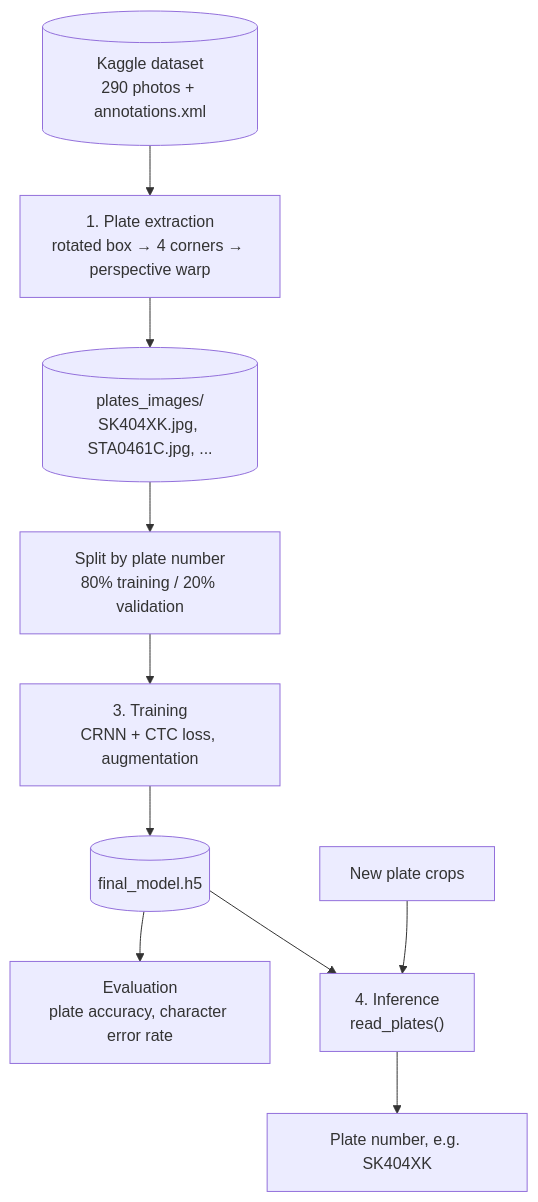
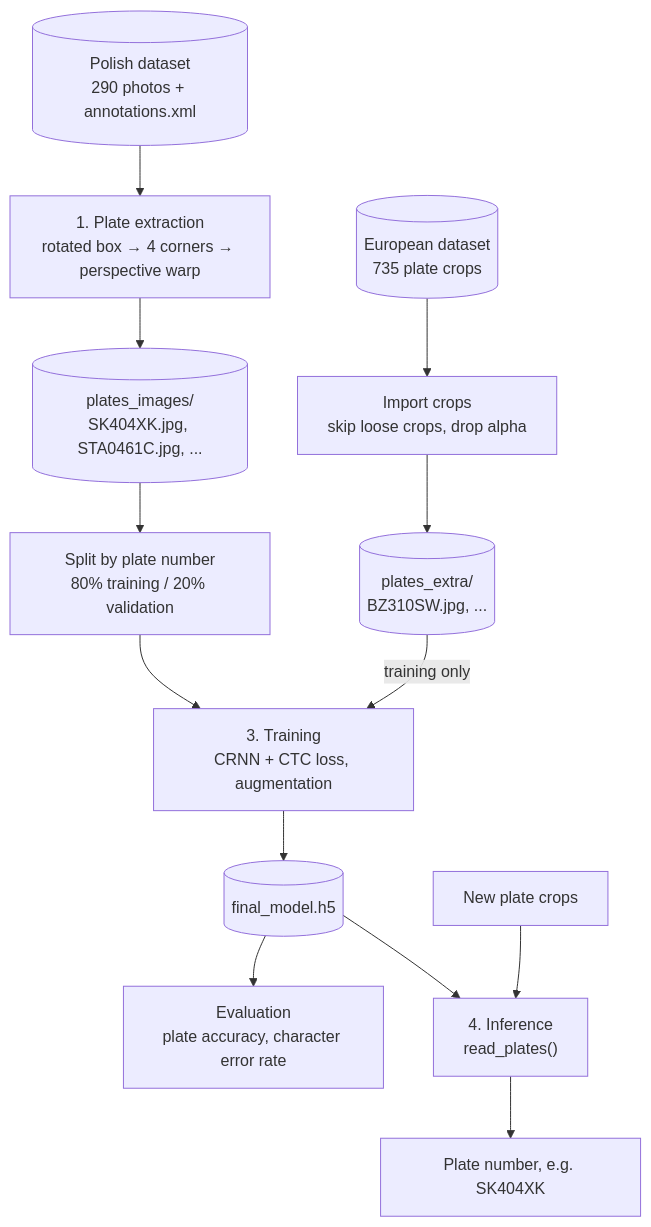
Before and after one commit to RBorczuch/PlatesOCR: the first of 7 diagrams in README.md, drawn with Mermaid. The commit also changed other lines of this file and 2 other files, not shown here.

Commit message:
Add European plates as extra training data, stronger augmentation and AdamW

````diff
--- a/README.md
+++ b/README.md
@@ -61,16 +77,20 @@
 ```mermaid
 flowchart TD
-    K[("Kaggle dataset<br/>290 photos + annotations.xml")]
+    K[("Polish dataset<br/>290 photos + annotations.xml")]
     EX["1. Plate extraction<br/>rotated box → 4 corners → perspective warp"]
     P[("plates_images/<br/>SK404XK.jpg, STA0461C.jpg, ...")]
     S["Split by plate number<br/>80% training / 20% validation"]
+    EU[("European dataset<br/>735 plate crops")]
+    IMP["Import crops<br/>skip loose crops, drop alpha"]
+    X[("plates_extra/<br/>BZ310SW.jpg, ...")]
     TR["3. Training<br/>CRNN + CTC loss, augmentation"]
     M[("final_model.h5")]
     EV["Evaluation<br/>plate accuracy, character error rate"]
     INF["4. Inference<br/>read_plates()"]
 
     K --> EX --> P --> S --> TR --> M
+    EU --> IMP --> X -->|"training only"| TR
     M --> EV
     M --> INF
     NEW["New plate crops"] --> INF --> TXT["Plate number, e.g. SK404XK"]
 ```
````
